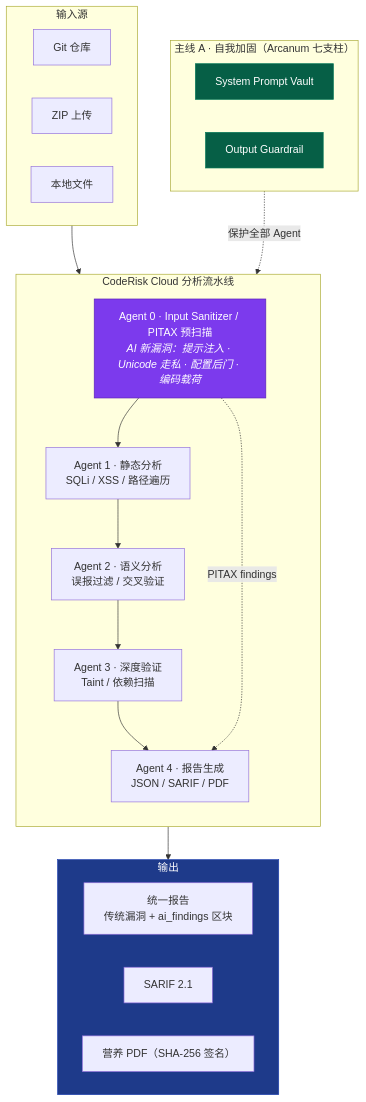
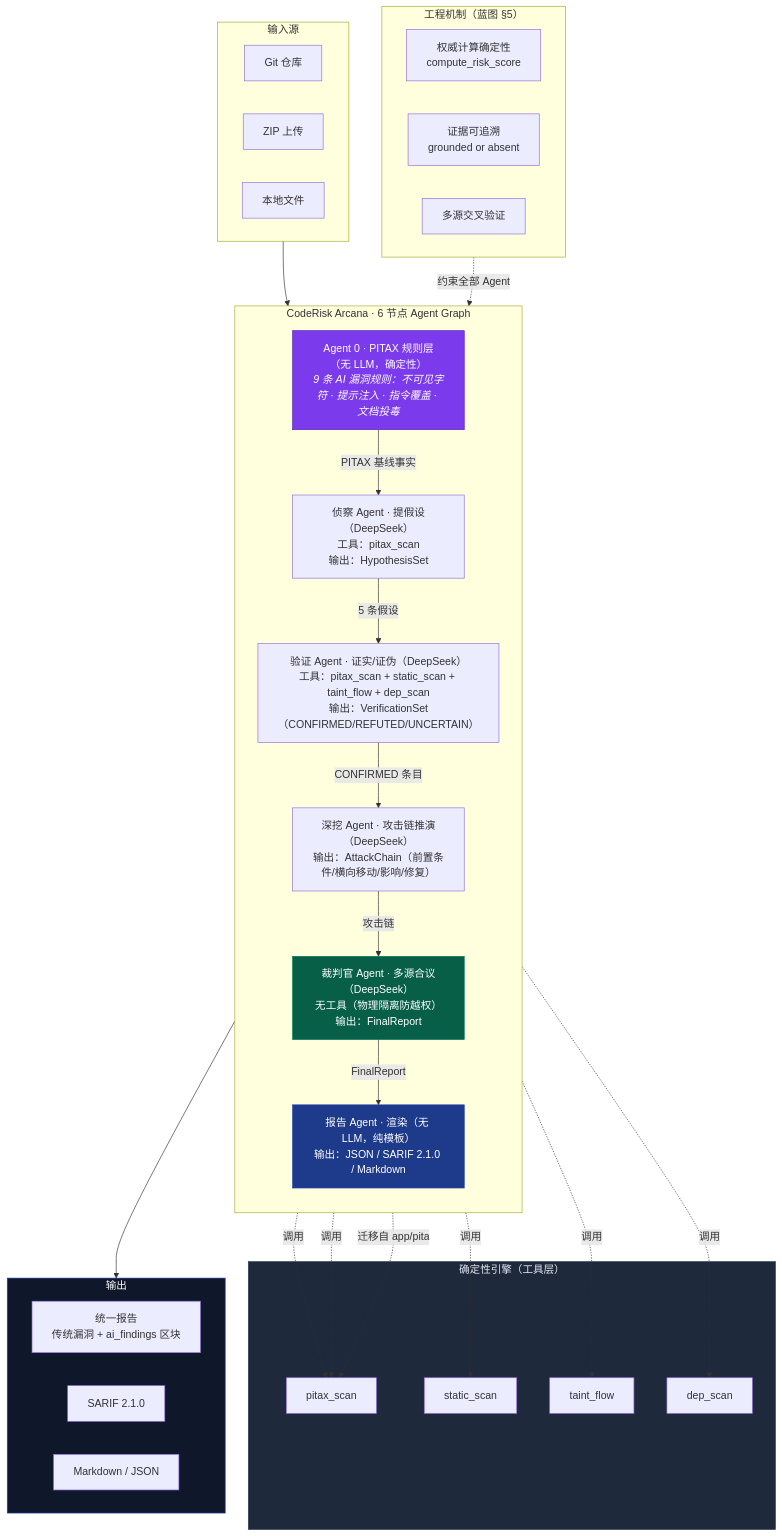
The diagram in docs/architecture.mmd (a9320/arcanum-spark), drawn with Mermaid before and after one commit. The commit also changed 52 other files, not shown here.

````diff
--- a/docs/architecture.mmd
+++ b/docs/architecture.mmd
@@ -1,39 +1,56 @@
 ```mermaid
 flowchart TB
     subgraph INPUT["输入源"]
-        A1[Git 仓库]
-        A2[ZIP 上传]
-        A3[本地文件]
+        A1["Git 仓库"]
+        A2["ZIP 上传"]
+        A3["本地文件"]
     end
 
-    subgraph PIPELINE["CodeRisk Cloud 分析流水线"]
+    subgraph PIPELINE["CodeRisk Arcana · 6 节点 Agent Graph"]
         direction TB
-        B0["Agent 0 · Input Sanitizer / PITAX 预扫描<br/><i>AI 新漏洞：提示注入 · Unicode 走私 · 配置后门 · 编码载荷</i>"]
-        B1["Agent 1 · 静态分析<br/>SQLi / XSS / 路径遍历"]
-        B2["Agent 2 · 语义分析<br/>误报过滤 / 交叉验证"]
-        B3["Agent 3 · 深度验证<br/>Taint / 依赖扫描"]
-        B4["Agent 4 · 报告生成<br/>JSON / SARIF / PDF"]
+        N0["Agent 0 · PITAX 规则层（无 LLM，确定性）<br/><i>9 条 AI 漏洞规则：不可见字符 · 提示注入 · 指令覆盖 · 文档投毒</i>"]
+        N1["侦察 Agent · 提假设（DeepSeek）<br/>工具：pitax_scan<br/>输出：HypothesisSet"]
+        N2["验证 Agent · 证实/证伪（DeepSeek）<br/>工具：pitax_scan + static_scan + taint_flow + dep_scan<br/>输出：VerificationSet（CONFIRMED/REFUTED/UNCERTAIN）"]
+        N3["深挖 Agent · 攻击链推演（DeepSeek）<br/>输出：AttackChain（前置条件/横向移动/影响/修复）"]
+        N4["裁判官 Agent · 多源合议（DeepSeek）<br/>无工具（物理隔离防越权）<br/>输出：FinalReport"]
+        N5["报告 Agent · 渲染（无 LLM，纯模板）<br/>输出：JSON / SARIF 2.1.0 / Markdown"]
     end
 
-    subgraph GUARD["主线 A · 自我加固（Arcanum 七支柱）"]
-        G1["System Prompt Vault"]
-        G2["Output Guardrail"]
+    subgraph ENGINE["确定性引擎（工具层）"]
+        T1["pitax_scan"]
+        T2["static_scan"]
+        T3["taint_flow"]
+        T4["dep_scan"]
+    end
+
+    subgraph GUARD["工程机制（蓝图 §5）"]
+        G1["权威计算确定性<br/>compute_risk_score"]
+        G2["证据可追溯<br/>grounded or absent"]
+        G3["多源交叉验证"]
     end
 
     subgraph OUTPUT["输出"]
         O1["统一报告<br/>传统漏洞 + ai_findings 区块"]
-        O2["SARIF 2.1"]
-        O3["营养 PDF（SHA-256 签名）"]
+        O2["SARIF 2.1.0"]
+        O3["Markdown / JSON"]
     end
 
-    INPUT --> B0
-    B0 --> B1 --> B2 --> B3 --> B4
-    B0 -.PITAX findings.-> B4
-    GUARD -.保护全部 Agent.-> PIPELINE
-    B4 --> OUTPUT
+    INPUT --> N0
+    N0 -->|PITAX 基线事实| N1
+    N1 -->|5 条假设| N2
+    N2 -->|CONFIRMED 条目| N3
+    N3 -->|攻击链| N4
+    N4 -->|FinalReport| N5
+    N5 --> OUTPUT
 
-    style B0 fill:#7c3aed,stroke:#5b21b6,color:#fff
-    style G1 fill:#065f46,stroke:#047857,color:#fff
-    style G2 fill:#065f46,stroke:#047857,color:#fff
-    style OUTPUT fill:#1e3a8a,stroke:#1e40af,color:#fff
+    N1 -.调用.-> T1
+    N2 -.调用.-> T1 & T2 & T3 & T4
+    N0 -.迁移自 app/pitax.-> T1
+    GUARD -.约束全部 Agent.-> PIPELINE
+
+    style N0 fill:#7c3aed,stroke:#5b21b6,color:#fff
+    style N4 fill:#065f46,stroke:#047857,color:#fff
+    style N5 fill:#1e3a8a,stroke:#1e40af,color:#fff
+    style ENGINE fill:#1e293b,stroke:#334155,color:#e2e8f0
+    style OUTPUT fill:#0f172a,stroke:#1e40af,color:#fff
 ```
````
